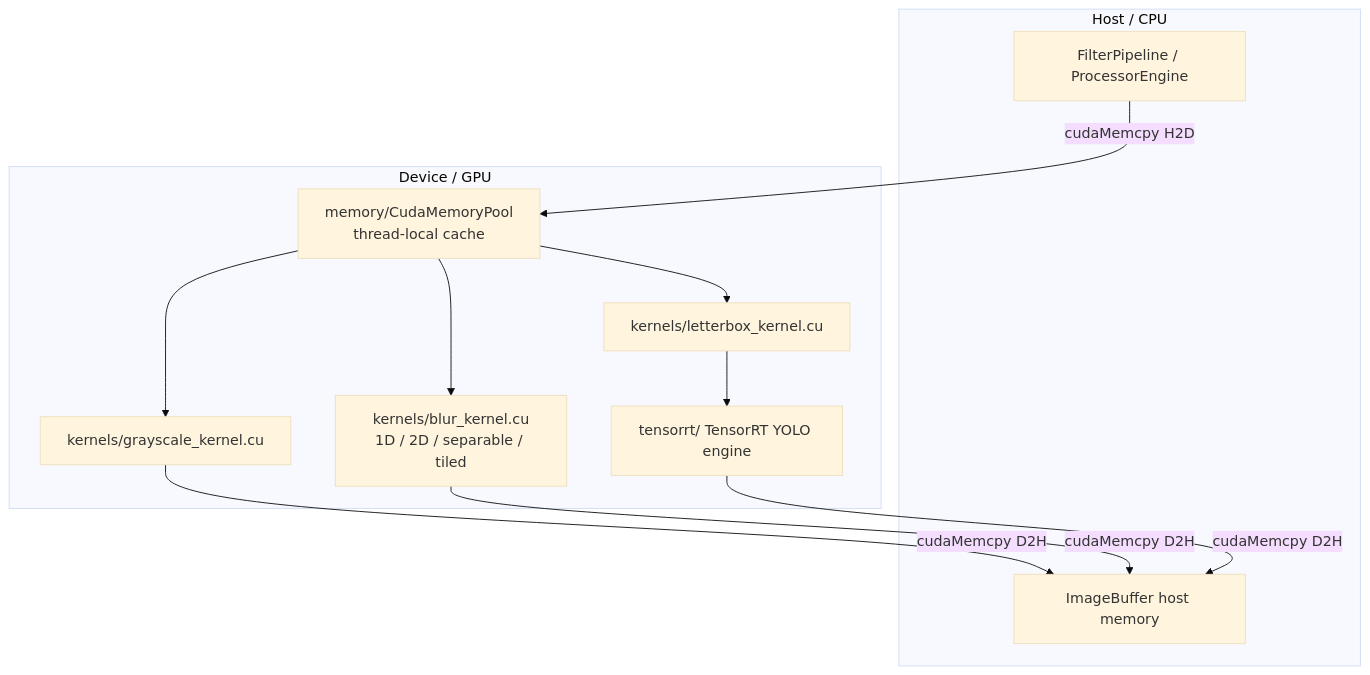
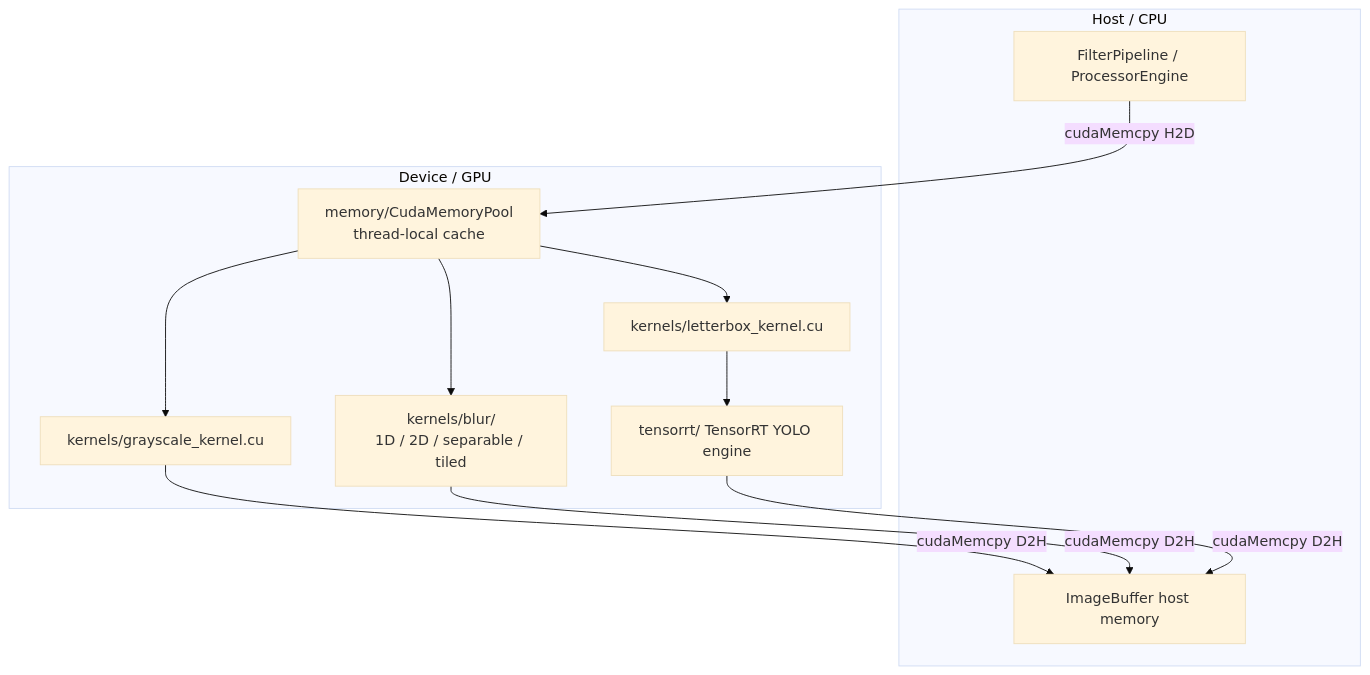
The first of 10 diagrams in src/cpp_accelerator/adapters/compute/cuda/README.md (josnelihurt/learning-cuda), drawn with Mermaid (base theme) before and after one commit. The commit also changed other lines of this file and 1 other file, not shown here.

````diff
--- a/src/cpp_accelerator/adapters/compute/cuda/README.md
+++ b/src/cpp_accelerator/adapters/compute/cuda/README.md
@@ -20,24 +20,24 @@
 ```mermaid
 graph TB
     subgraph Host[Host / CPU]
         APP[FilterPipeline / ProcessorEngine]
         BUF[ImageBuffer host memory]
     end
 
     subgraph Device[Device / GPU]
         POOL[memory/CudaMemoryPool<br/>thread-local cache]
         K1[kernels/grayscale_kernel.cu]
-        K2[kernels/blur_kernel.cu<br/>1D / 2D / separable / tiled]
+        K2[kernels/blur/<br/>1D / 2D / separable / tiled]
         K3[kernels/letterbox_kernel.cu]
         TRT[tensorrt/ TensorRT YOLO engine]
     end
 
     APP -->|cudaMemcpy H2D| POOL
     POOL --> K1
     POOL --> K2
     POOL --> K3
     K3 --> TRT
     K1 -->|cudaMemcpy D2H| BUF
     K2 -->|cudaMemcpy D2H| BUF
     TRT -->|cudaMemcpy D2H| BUF
 ```
````
